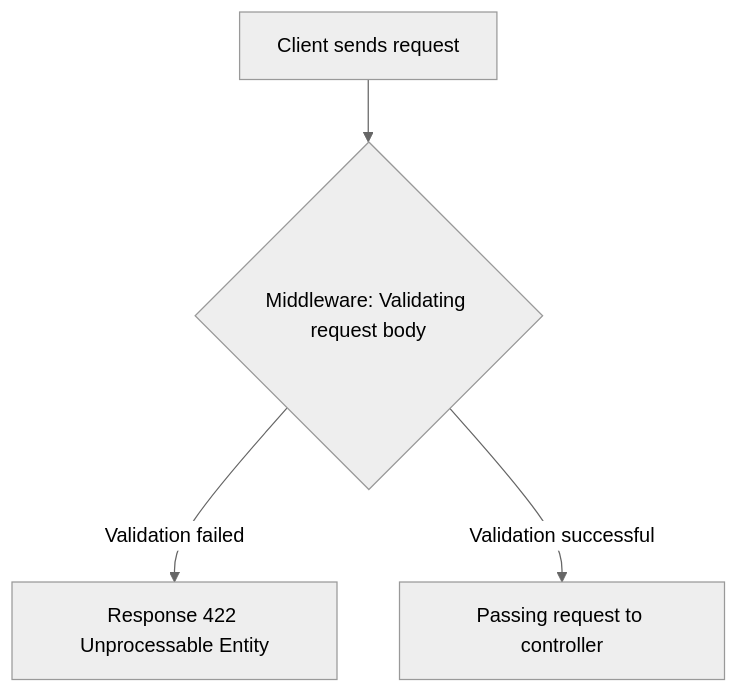
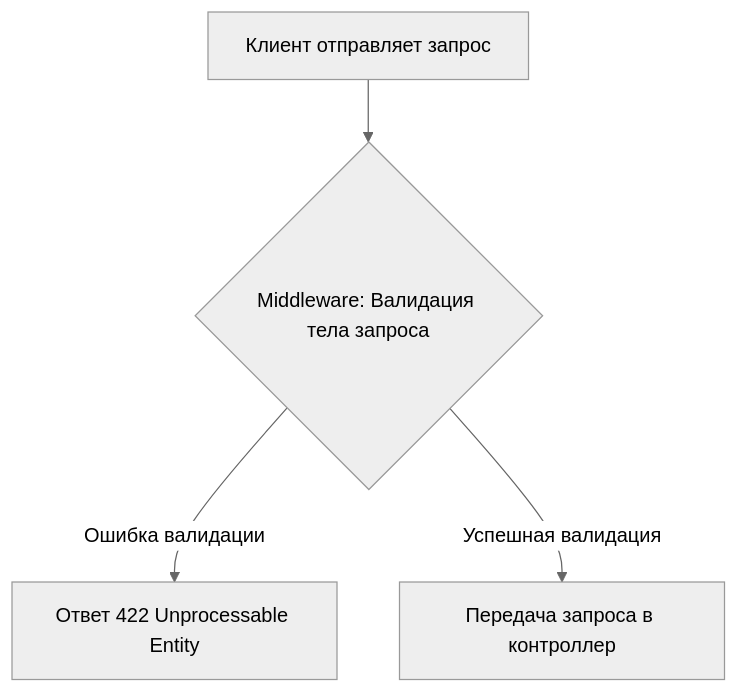
Before and after one commit to Tminww/shekshuev.github.io: the fourth of 4 diagrams in docs/databases/development/js/postgres.md, drawn with Mermaid (neutral theme). The commit also changed other lines of this file and 45 other files, not shown here.

````diff
--- a/docs/databases/development/js/postgres.md
+++ b/docs/databases/development/js/postgres.md
@@ -2805,7 +2927,7 @@
 ```mermaid
 flowchart TD
-  A[Client sends request] --> B{Middleware: Validating request body}
+  A[Клиент отправляет запрос] --> B{Middleware: Валидация тела запроса}
 
-  B -- Validation failed --> C[Response 422 Unprocessable Entity]
-  B -- Validation successful --> D[Passing request to controller]
+  B -- Ошибка валидации --> C[Ответ 422 Unprocessable Entity]
+  B -- Успешная валидация --> D[Передача запроса в контроллер]
 ```
````
